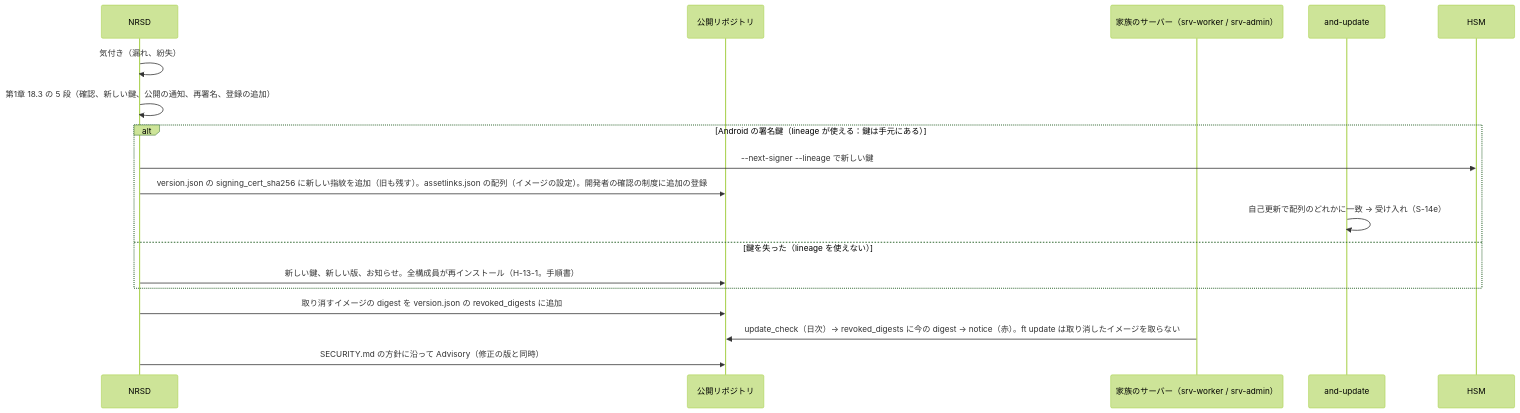
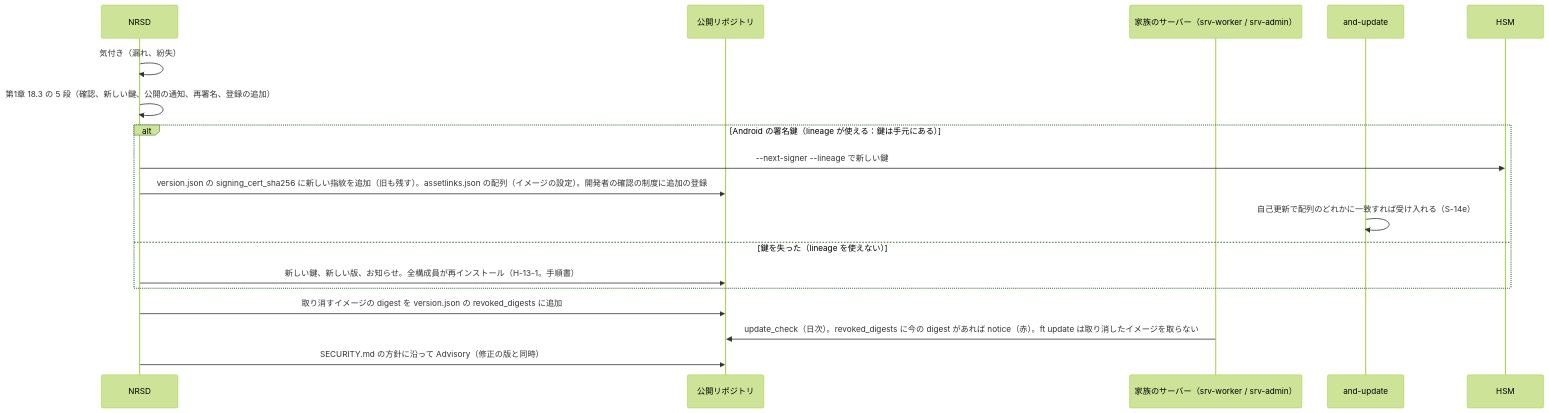
The second of 2 diagrams in dev/docs/jp/シーケンス/16_運営.md (nrsd-ishikawasou/family-talk-pwa), drawn with Mermaid (forest theme) before and after one commit. The commit also changed other lines of this file and 290 other files, not shown here.

````diff
--- a/dev/docs/jp/シーケンス/16_運営.md
+++ b/dev/docs/jp/シーケンス/16_運営.md
@@ -40,19 +49,19 @@
 ```mermaid
 sequenceDiagram
   participant NR as NRSD
   participant REL as 公開リポジトリ
   participant FS as 家族のサーバー（srv-worker / srv-admin）
   participant AU as and-update
   NR->>NR: 気付き（漏れ、紛失）
   NR->>NR: 第1章 18.3 の 5 段（確認、新しい鍵、公開の通知、再署名、登録の追加）
   alt Android の署名鍵（lineage が使える：鍵は手元にある）
     NR->>HSM: --next-signer --lineage で新しい鍵
     NR->>REL: version.json の signing_cert_sha256 に新しい指紋を追加（旧も残す）。assetlinks.json の配列（イメージの設定）。開発者の確認の制度に追加の登録
-    AU->>AU: 自己更新で配列のどれかに一致 → 受け入れ（S-14e）
+    AU->>AU: 自己更新で配列のどれかに一致すれば受け入れる（S-14e）
   else 鍵を失った（lineage を使えない）
     NR->>REL: 新しい鍵、新しい版、お知らせ。全構成員が再インストール（H-13-1。手順書）
   end
   NR->>REL: 取り消すイメージの digest を version.json の revoked_digests に追加
-  FS->>REL: update_check（日次）→ revoked_digests に今の digest → notice（赤）。ft update は取り消したイメージを取らない
+  FS->>REL: update_check（日次）。revoked_digests に今の digest があれば notice（赤）。ft update は取り消したイメージを取らない
   NR->>REL: SECURITY.md の方針に沿って Advisory（修正の版と同時）
 ```
````
